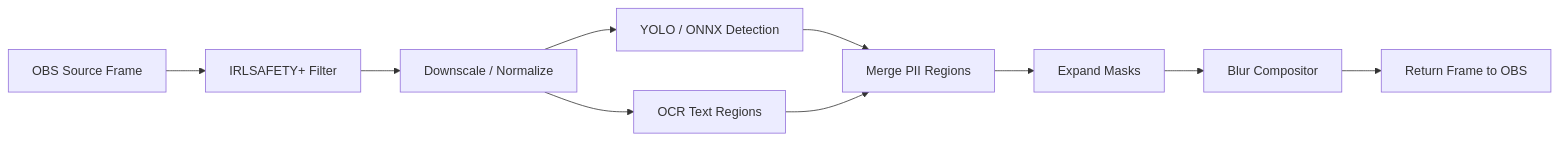
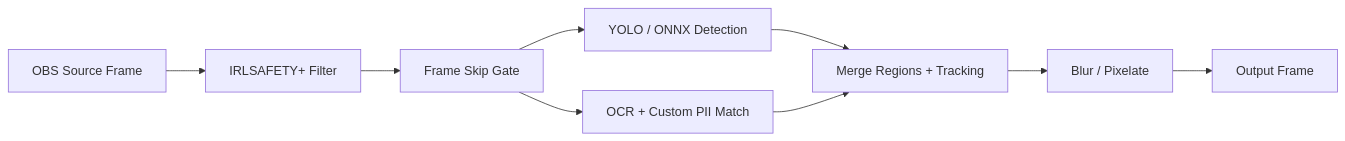
The diagram in README.md (medicinalsheep/IRLSAFETY), drawn with Mermaid before and after one commit. The commit also changed other lines of this file and 24 other files, not shown here.

First line of the commit message:
v0.0.0: streamer-friendly UI, custom PII, Windows install scripts

````diff
--- a/README.md
+++ b/README.md
@@ -19,12 +75,11 @@
 ```mermaid
 flowchart LR
     A[OBS Source Frame] --> B[IRLSAFETY+ Filter]
-    B --> C[Downscale / Normalize]
+    B --> C[Frame Skip Gate]
     C --> D[YOLO / ONNX Detection]
-    C --> E[OCR Text Regions]
-    D --> F[Merge PII Regions]
+    C --> E[OCR + Custom PII Match]
+    D --> F[Merge Regions + Tracking]
     E --> F
-    F --> G[Expand Masks]
-    G --> H[Blur Compositor]
-    H --> I[Return Frame to OBS]
+    F --> G[Blur / Pixelate]
+    G --> H[Output Frame]
 ```
````
